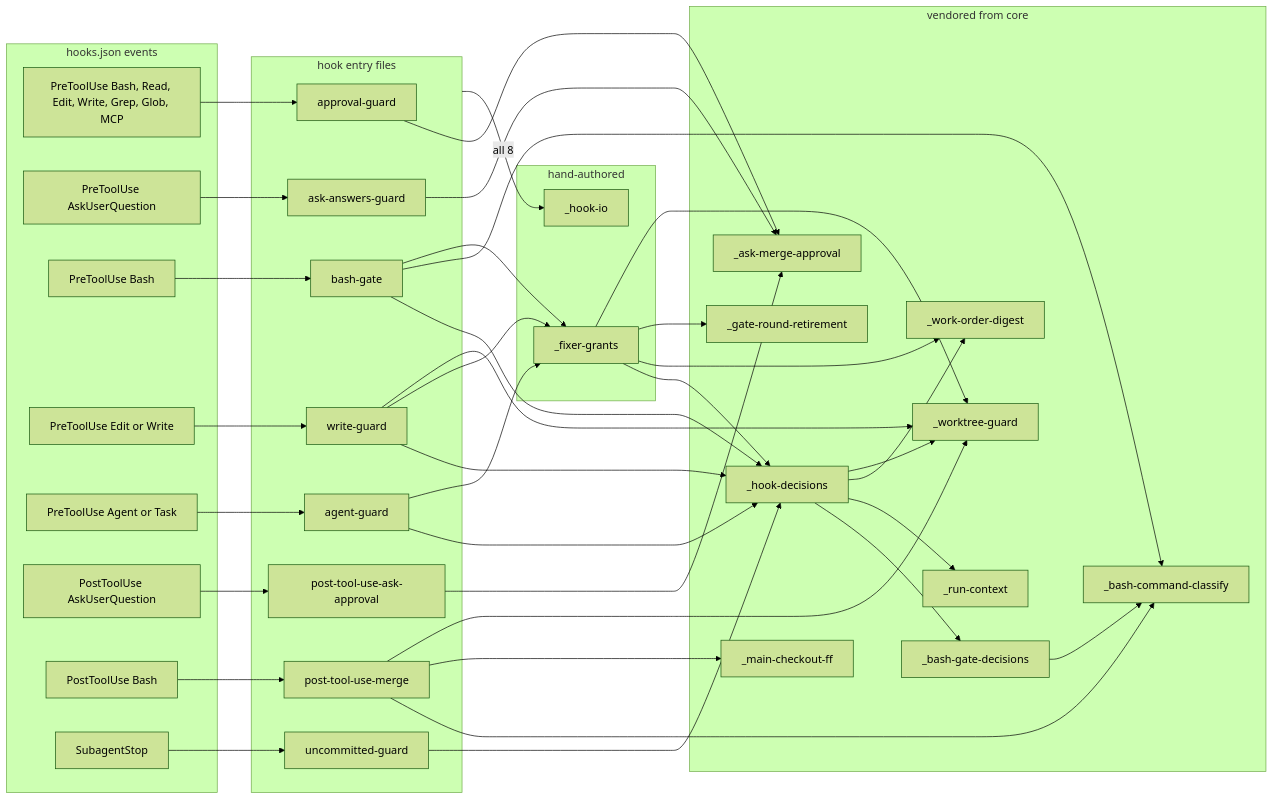
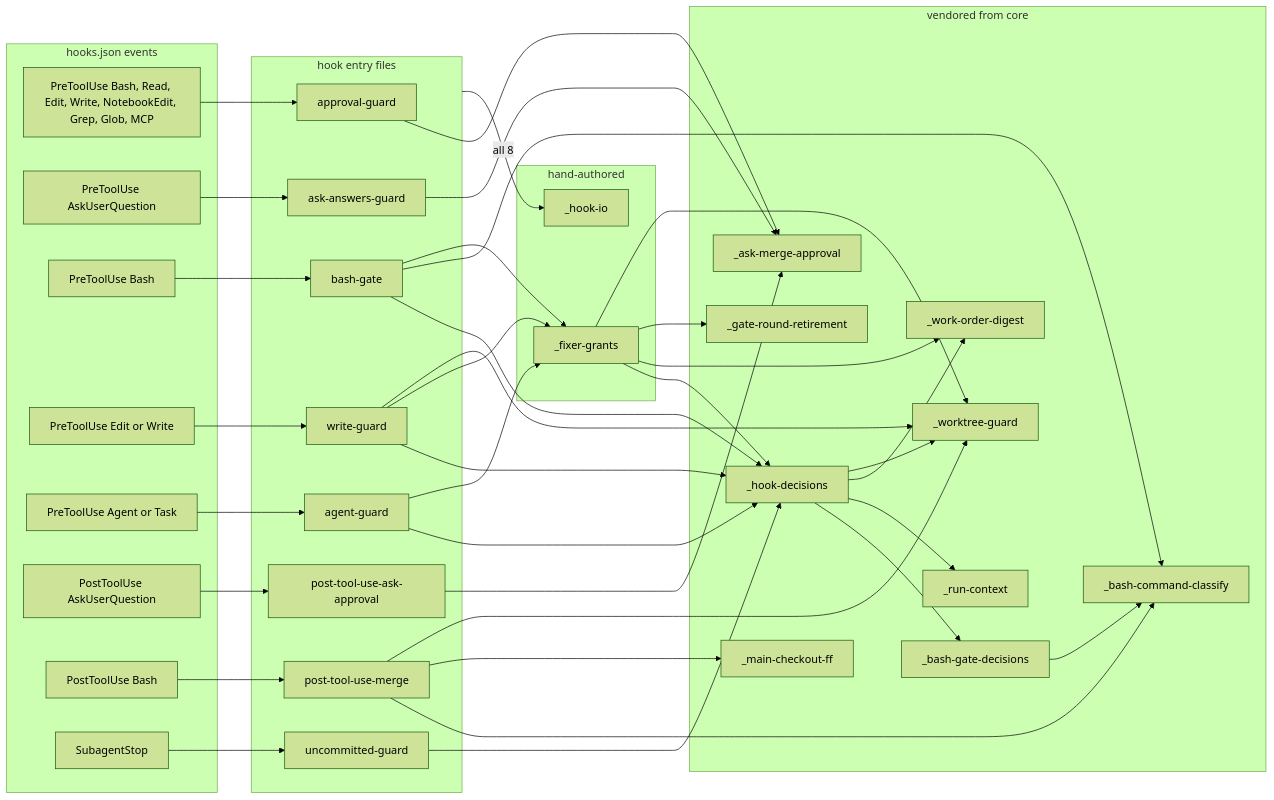
One commit to mfittko/dev-loops changed diagram 14 of 14 in docs/atlas/01-system-context.md. Above: the diagram before and after it, drawn with Mermaid (forest theme). The commit also changed 7 other files, not shown here.

First line of the commit message:
docs(atlas): fix d101 proof indentation, add NotebookEdit, drop contrast clauses

````diff
--- a/docs/atlas/01-system-context.md
+++ b/docs/atlas/01-system-context.md
@@ -440,71 +440,71 @@
 ```mermaid
 flowchart LR
   subgraph events["hooks.json events"]
-    eTools["PreToolUse Bash, Read, Edit, Write, Grep, Glob, MCP"]
+    eTools["PreToolUse Bash, Read, Edit, Write, NotebookEdit, Grep, Glob, MCP"]
     eAsk["PreToolUse AskUserQuestion"]
     eBash["PreToolUse Bash"]
     eWrite["PreToolUse Edit or Write"]
     eAgent["PreToolUse Agent or Task"]
     ePostAsk["PostToolUse AskUserQuestion"]
     ePost["PostToolUse Bash"]
     eStop["SubagentStop"]
   end
   subgraph entries["hook entry files"]
     approvalGuard["approval-guard"]
     askAnswers["ask-answers-guard"]
     bashGate["bash-gate"]
     writeGuard["write-guard"]
     agentGuard["agent-guard"]
     askApproval["post-tool-use-ask-approval"]
     merge["post-tool-use-merge"]
     stopGuard["uncommitted-guard"]
   end
   subgraph hand["hand-authored"]
     io["_hook-io"]
     grants["_fixer-grants"]
   end
   subgraph vendored["vendored from core"]
     decisions["_hook-decisions"]
     classify["_bash-command-classify"]
     gateDec["_bash-gate-decisions"]
     runCtx["_run-context"]
     wtGuard["_worktree-guard"]
     ff["_main-checkout-ff"]
     digest["_work-order-digest"]
     retire["_gate-round-retirement"]
     askMerge["_ask-merge-approval"]
   end
   eTools --> approvalGuard
   eAsk --> askAnswers
   eBash --> bashGate
   eWrite --> writeGuard
   eAgent --> agentGuard
   ePostAsk --> askApproval
   ePost --> merge
   eStop --> stopGuard
   entries -->|"all 8"| io
   approvalGuard --> askMerge
   askAnswers --> askMerge
   askApproval --> askMerge
   bashGate --> decisions
   bashGate --> classify
   bashGate --> grants
   writeGuard --> decisions
   writeGuard --> grants
   writeGuard --> wtGuard
   agentGuard --> decisions
   agentGuard --> grants
   merge --> classify
   merge --> ff
   merge --> wtGuard
   stopGuard --> decisions
   decisions --> gateDec
   decisions --> runCtx
   decisions --> digest
   decisions --> wtGuard
   gateDec --> classify
   grants --> decisions
   grants --> digest
   grants --> retire
   grants --> wtGuard
 ```
````
